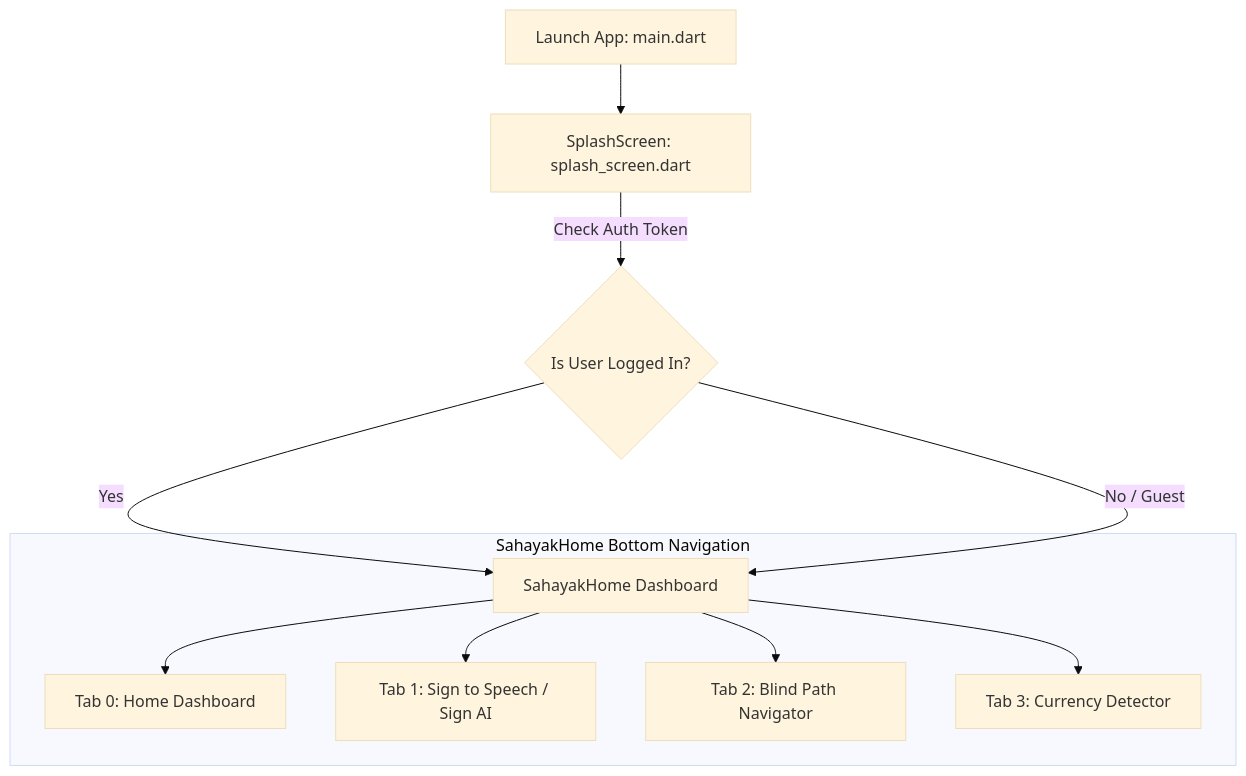
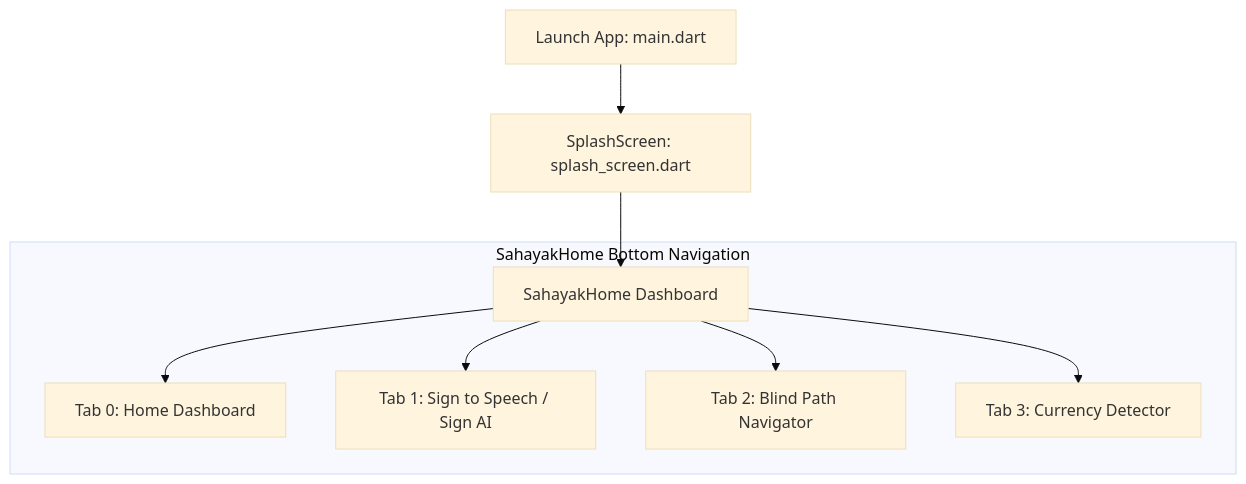
The first of 2 diagrams in README.md (PresenceOP-Coder/Sai_Sahayak), drawn with Mermaid (base theme) before and after one commit. The commit also changed other lines of this file, not shown here.

Commit message:
docs: remove questions, viva highlights, and login/signup flows from README

````diff
--- a/README.md
+++ b/README.md
@@ -56,14 +55,12 @@
 ```mermaid
 flowchart TD
     A[Launch App: main.dart] --> B[SplashScreen: splash_screen.dart]
-    B -->|Check Auth Token| C{Is User Logged In?}
-    C -->|Yes| D[SahayakHome Dashboard]
-    C -->|No / Guest| D
+    B --> D[SahayakHome Dashboard]
     
     subgraph SahayakHome [SahayakHome Bottom Navigation]
         D --> Tab0[Tab 0: Home Dashboard]
         D --> Tab1[Tab 1: Sign to Speech / Sign AI]
         D --> Tab2[Tab 2: Blind Path Navigator]
         D --> Tab3[Tab 3: Currency Detector]
     end
 ```
````
